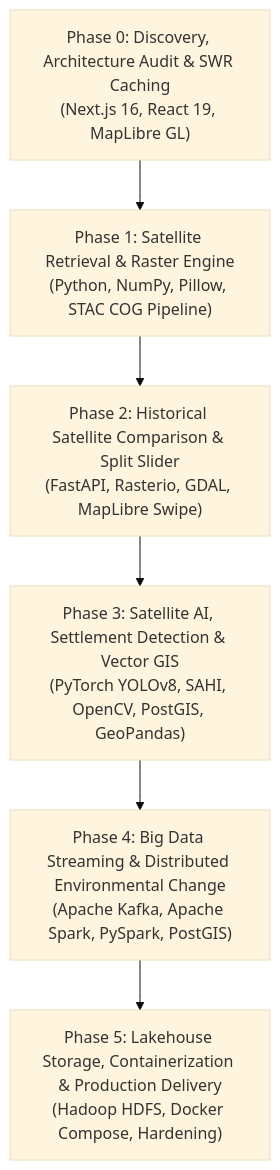
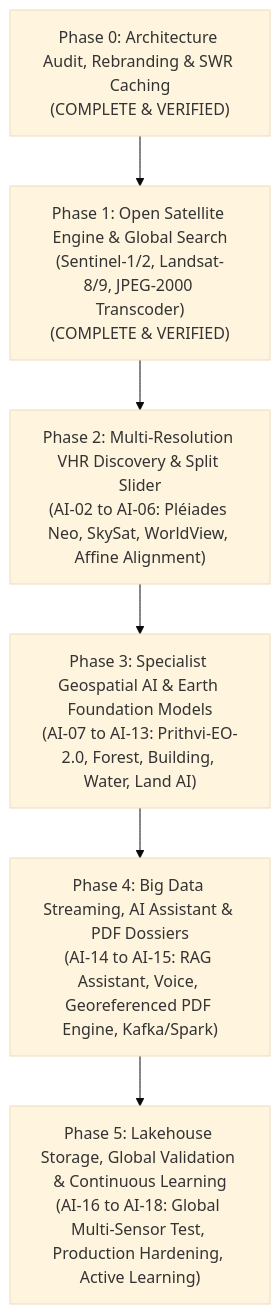
One commit to shrishailad24/ORBINEX changed the diagram in ORBINEX_PHASE_TRACKER.md. Above: the diagram before and after it, drawn with Mermaid (base theme). The commit also changed other lines of this file and 4 other files, not shown here.

Commit message:
docs: update canonical roadmap, technical architecture, risk register, and VHR multi-resolution satellite specs

````diff
--- a/ORBINEX_PHASE_TRACKER.md
+++ b/ORBINEX_PHASE_TRACKER.md
@@ -9,8 +10,8 @@
 ```mermaid
 flowchart TD
-    P0["Phase 0: Discovery, Architecture Audit & SWR Caching<br/>(Next.js 16, React 19, MapLibre GL)"] --> P1["Phase 1: Satellite Retrieval & Raster Engine<br/>(Python, NumPy, Pillow, STAC COG Pipeline)"]
-    P1 --> P2["Phase 2: Historical Satellite Comparison & Split Slider<br/>(FastAPI, Rasterio, GDAL, MapLibre Swipe)"]
-    P2 --> P3["Phase 3: Satellite AI, Settlement Detection & Vector GIS<br/>(PyTorch YOLOv8, SAHI, OpenCV, PostGIS, GeoPandas)"]
-    P3 --> P4["Phase 4: Big Data Streaming & Distributed Environmental Change<br/>(Apache Kafka, Apache Spark, PySpark, PostGIS)"]
-    P4 --> P5["Phase 5: Lakehouse Storage, Containerization & Production Delivery<br/>(Hadoop HDFS, Docker Compose, Hardening)"]
+    P0["Phase 0: Architecture Audit, Rebranding & SWR Caching<br/>(COMPLETE & VERIFIED)"] --> P1["Phase 1: Open Satellite Engine & Global Search<br/>(Sentinel-1/2, Landsat-8/9, JPEG-2000 Transcoder)<br/>(COMPLETE & VERIFIED)"]
+    P1 --> P2["Phase 2: Multi-Resolution VHR Discovery & Split Slider<br/>(AI-02 to AI-06: Pléiades Neo, SkySat, WorldView, Affine Alignment)"]
+    P2 --> P3["Phase 3: Specialist Geospatial AI & Earth Foundation Models<br/>(AI-07 to AI-13: Prithvi-EO-2.0, Forest, Building, Water, Land AI)"]
+    P3 --> P4["Phase 4: Big Data Streaming, AI Assistant & PDF Dossiers<br/>(AI-14 to AI-15: RAG Assistant, Voice, Georeferenced PDF Engine, Kafka/Spark)"]
+    P4 --> P5["Phase 5: Lakehouse Storage, Global Validation & Continuous Learning<br/>(AI-16 to AI-18: Global Multi-Sensor Test, Production Hardening, Active Learning)"]
 ```
````
